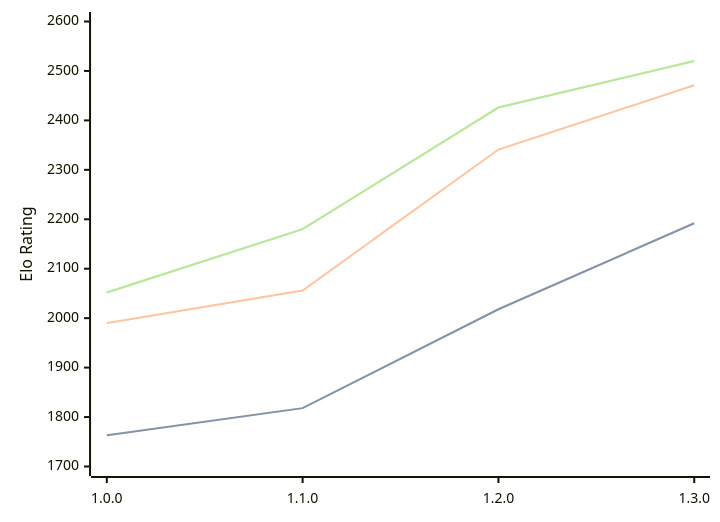
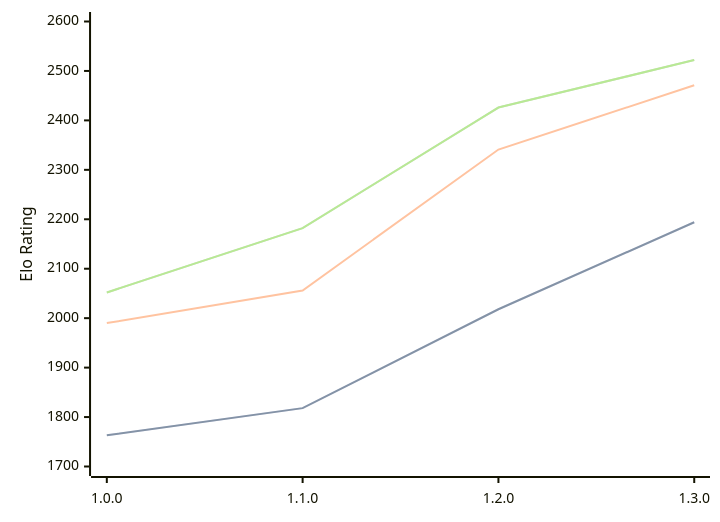
The diagram in engines/Anodos.md (computer-chess-index/cci), drawn with Mermaid before and after one commit. The commit also changed other lines of this file, not shown here.

Commit message:
Update CCI Ratings (ELO VLTC) - 2026-04-13

````diff
--- a/engines/Anodos.md
+++ b/engines/Anodos.md
@@ -45,11 +45,11 @@
 ```mermaid
 %%{init: {"theme":"base","themeVariables":{"seriesColors:['#a3a3a3','#222221','#faa371']}}}%%
 xychart-beta
   x-axis ["1.0.0", "1.1.0", "1.2.0", "1.3.0"]
   y-axis "Elo Rating" 1700 --> 2600
-  line "STC (8.0+0.08s)" [1763, 1818, 2018, 2192]
-  line "STC (8.0+0.08s)" [1763, 1818, 2018, 2192]
+  line "STC (8.0+0.08s)" [1763, 1818, 2018, 2194]
+  line "STC (8.0+0.08s)" [1763, 1818, 2018, 2194]
   line "LTC (60.0+0.60s)" [1990, 2056, 2341, 2471]
-  line "VLTC (2m24s+1.12s)" [2052, 2180, 2426, 2520]
-  line "VLTC (2m24s+1.12s)" [2052, 2180, 2426, 2520]
+  line "VLTC (2m24s+1.12s)" [2052, 2182, 2426, 2522]
+  line "VLTC (2m24s+1.12s)" [2052, 2182, 2426, 2522]
 ```
````
